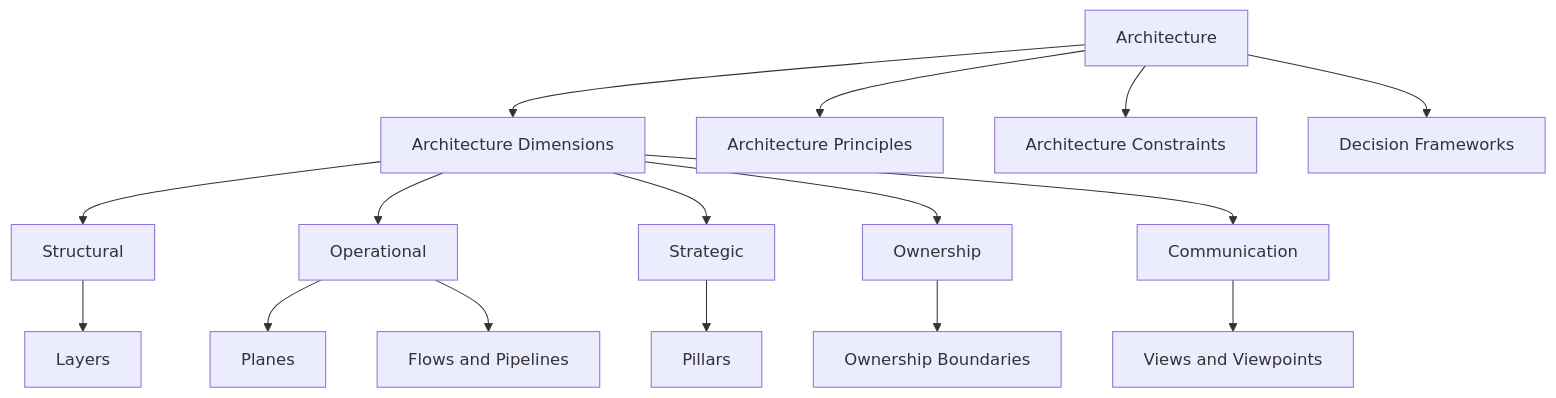
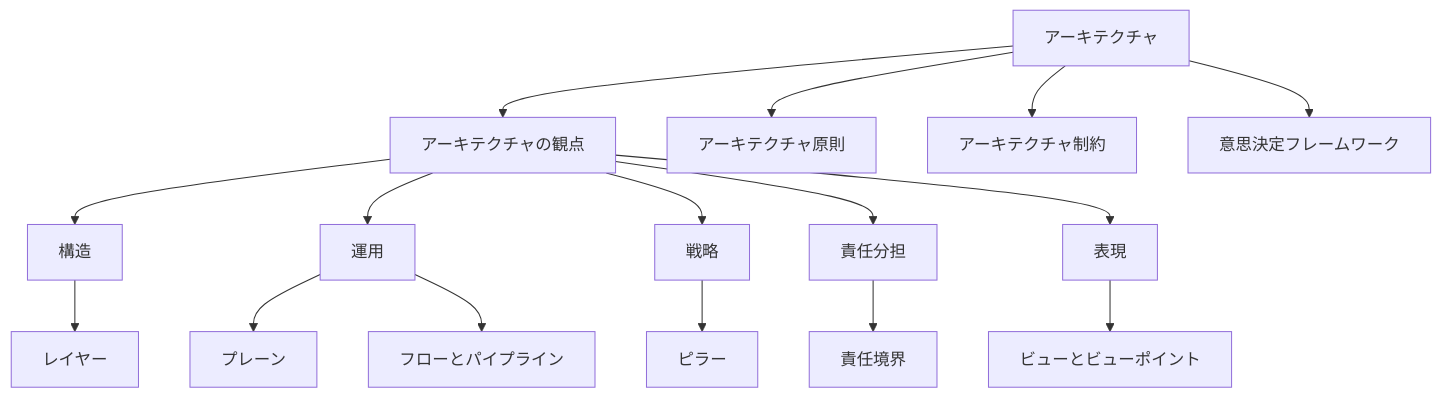
Before and after one commit to skitazaki/notes-with-ai: the diagram in content/docs/arch/_index.ja.md, drawn with Mermaid. The commit also changed other lines of this file and 1 other file, not shown here.

Commit message:
docs(arch): localize JA zoom-map labels and unify tradeoffs
Address PR feedback by localizing Japanese zoom-map Mermaid labels and category names to match site conventions. Also standardize new Decision Frameworks wording to use tradeoff/tradeoffs consistently with the rest of the architecture docs.\n\nCo-authored-by: Copilot <223556219+Copilot@users.noreply.github.com>

````diff
--- a/content/docs/arch/_index.ja.md
+++ b/content/docs/arch/_index.ja.md
@@ -39,20 +39,20 @@
 ```mermaid
 flowchart TD
-  arch["Architecture"] --> dims["Architecture Dimensions"]
-  dims --> structural["Structural"]
-  dims --> operational["Operational"]
-  dims --> strategic["Strategic"]
-  dims --> ownership["Ownership"]
-  dims --> communication["Communication"]
+  arch["アーキテクチャ"] --> dims["アーキテクチャの観点"]
+  dims --> structural["構造"]
+  dims --> operational["運用"]
+  dims --> strategic["戦略"]
+  dims --> ownership["責任分担"]
+  dims --> communication["表現"]
 
-  structural --> layers["Layers"]
-  operational --> planes["Planes"]
-  operational --> flows["Flows and Pipelines"]
-  strategic --> pillars["Pillars"]
-  ownership --> ownerBoundaries["Ownership Boundaries"]
-  communication --> views["Views and Viewpoints"]
+  structural --> layers["レイヤー"]
+  operational --> planes["プレーン"]
+  operational --> flows["フローとパイプライン"]
+  strategic --> pillars["ピラー"]
+  ownership --> ownerBoundaries["責任境界"]
+  communication --> views["ビューとビューポイント"]
 
-  arch --> principles["Architecture Principles"]
-  arch --> constraints["Architecture Constraints"]
-  arch --> decisions["Decision Frameworks"]
+  arch --> principles["アーキテクチャ原則"]
+  arch --> constraints["アーキテクチャ制約"]
+  arch --> decisions["意思決定フレームワーク"]
 ```
````
